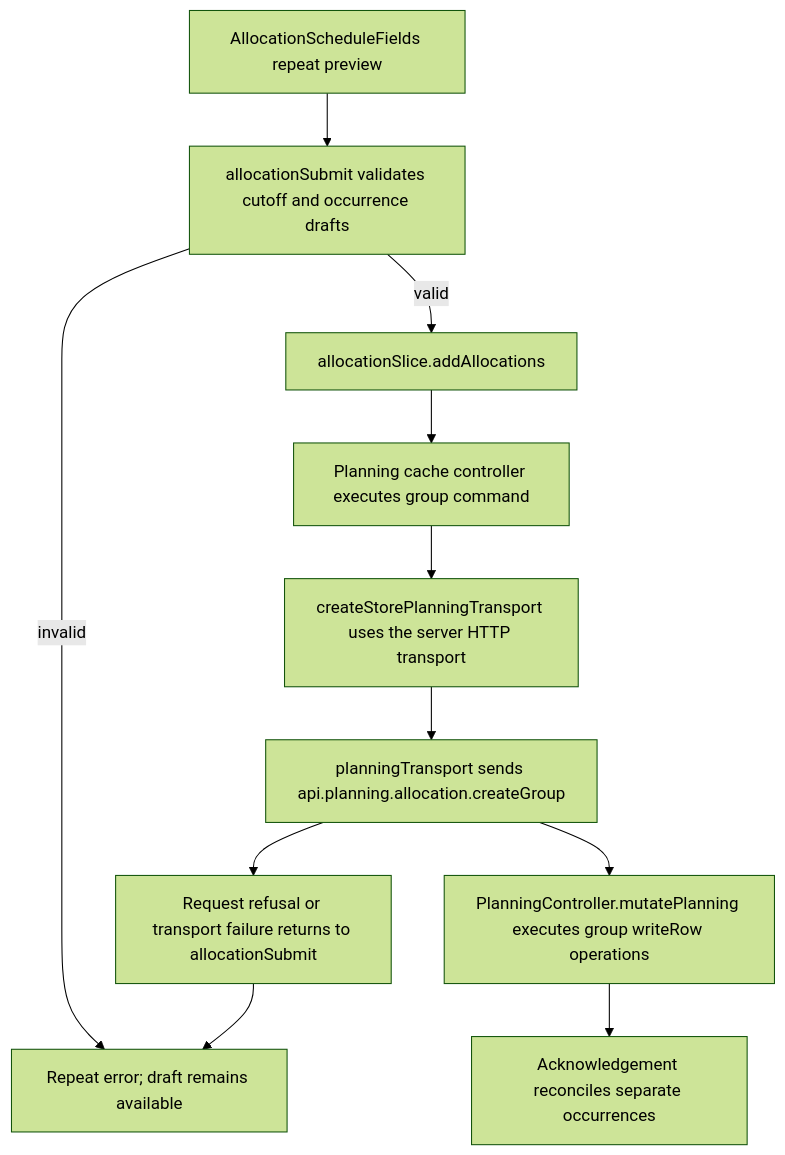
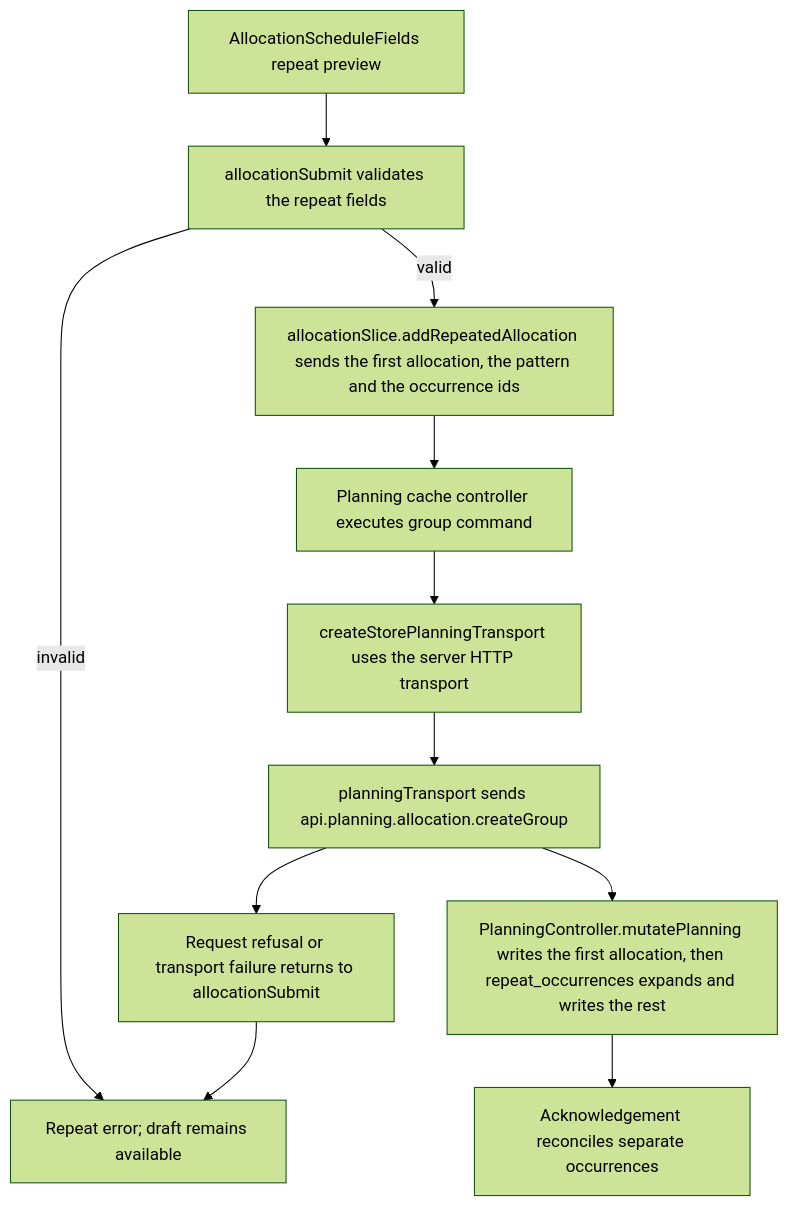
The second of 2 diagrams in user-stories/allocation/US-ALL-09-repeat-creation.md (Kevinjohn/capacitylens), drawn with Mermaid (forest theme) before and after one commit. The commit also changed other lines of this file, not shown here.

Commit message:
Describe the server-side repeat expansion in the repeat-creation story
Refs #2143

````diff
--- a/user-stories/allocation/US-ALL-09-repeat-creation.md
+++ b/user-stories/allocation/US-ALL-09-repeat-creation.md
@@ -44,13 +44,13 @@
 ```mermaid
 flowchart TD
-  A["AllocationScheduleFields repeat preview"] --> B["allocationSubmit validates cutoff and occurrence drafts"]
-  B -->|valid| C["allocationSlice.addAllocations"]
+  A["AllocationScheduleFields repeat preview"] --> B["allocationSubmit validates the repeat fields"]
+  B -->|valid| C["allocationSlice.addRepeatedAllocation sends the first allocation, the pattern and the occurrence ids"]
   B -->|invalid| I["Repeat/date error; no write"]
   C --> D["Planning cache controller executes group command"]
   D --> E["createStorePlanningTransport uses the server HTTP transport"]
   E --> F["planningTransport sends api.planning.allocation.createGroup"]
   F --> J["Request refusal or transport failure returns to allocationSubmit"]
   J --> I["Repeat error; draft remains available"]
-  F --> G["PlanningController.mutatePlanning executes group writeRow operations"]
+  F --> G["PlanningController.mutatePlanning writes the first allocation, then repeat_occurrences expands and writes the rest"]
   G --> H["Acknowledgement reconciles separate occurrences"]
 ```
````
